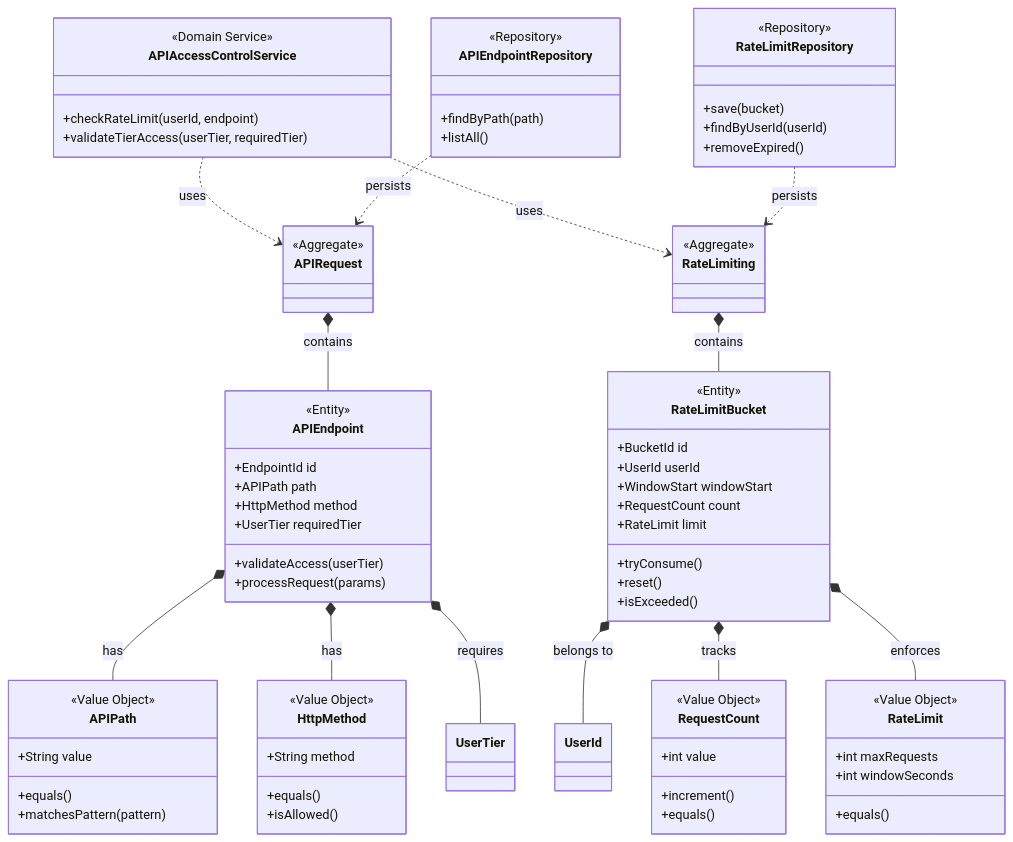
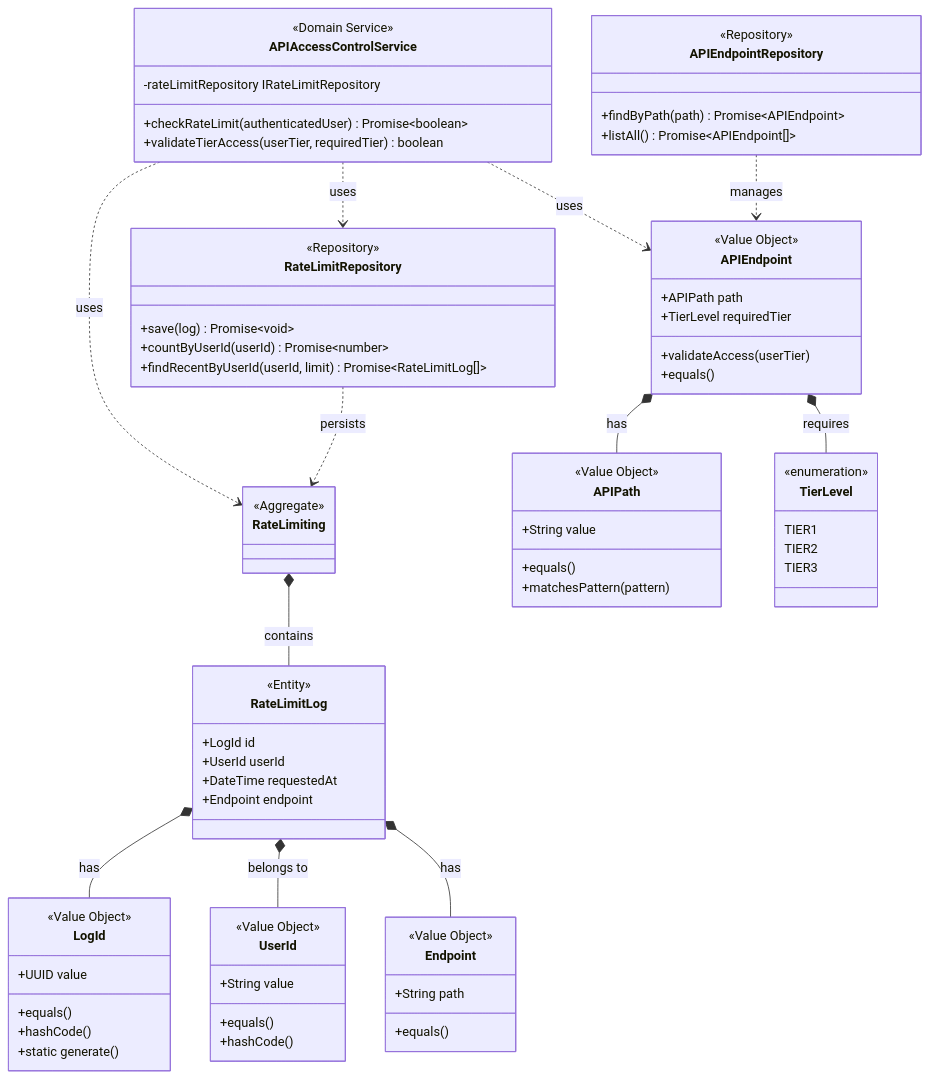
Before and after one commit to hydrangeas/redis-test: the second of 14 diagrams in docs/specs/step5-design.md, drawn with Mermaid. The commit also changed other lines of this file, not shown here.

````diff
--- a/docs/specs/step5-design.md
+++ b/docs/specs/step5-design.md
@@ -66,35 +66,25 @@
 ```mermaid
 classDiagram
     %% 集約
-    class APIRequest {
-        <<Aggregate>>
-    }
-    
     class RateLimiting {
         <<Aggregate>>
     }
     
-    %% エンティティ
+    %% バリューオブジェクト
     class APIEndpoint {
-        <<Entity>>
-        +EndpointId id
+        <<Value Object>>
         +APIPath path
-        +HttpMethod method
-        +UserTier requiredTier
+        +TierLevel requiredTier
         +validateAccess(userTier)
-        +processRequest(params)
+        +equals()
     }
     
-    class RateLimitBucket {
+    class RateLimitLog {
         <<Entity>>
-        +BucketId id
+        +LogId id
         +UserId userId
-        +WindowStart windowStart
-        +RequestCount count
-        +RateLimit limit
-        +tryConsume()
-        +reset()
-        +isExceeded()
+        +DateTime requestedAt
+        +Endpoint endpoint
     }
     
     %% バリューオブジェクト
@@ -105,59 +95,67 @@
         +matchesPattern(pattern)
     }
     
-    class HttpMethod {
+    class Endpoint {
         <<Value Object>>
-        +String method
-        +equals()
-        +isAllowed()
-    }
-    
-    class RequestCount {
-        <<Value Object>>
-        +int value
-        +increment()
+        +String path
         +equals()
     }
     
-    class RateLimit {
+    class LogId {
         <<Value Object>>
-        +int maxRequests
-        +int windowSeconds
+        +UUID value
         +equals()
+        +hashCode()
+        +static generate()
     }
+    
+    class TierLevel {
+        <<enumeration>>
+        TIER1
+        TIER2
+        TIER3
+    }
+    
+    class UserId {
+        <<Value Object>>
+        +String value
+        +equals()
+        +hashCode()
+    }
+    
     
     %% ドメインサービス
     class APIAccessControlService {
         <<Domain Service>>
-        +checkRateLimit(userId, endpoint)
-        +validateTierAccess(userTier, requiredTier)
+        -rateLimitRepository IRateLimitRepository
+        +checkRateLimit(authenticatedUser) Promise~boolean~
+        +validateTierAccess(userTier, requiredTier) boolean
     }
     
     %% リポジトリインターフェース
     class APIEndpointRepository {
         <<Repository>>
-        +findByPath(path)
-        +listAll()
+        +findByPath(path) Promise~APIEndpoint~
+        +listAll() Promise~APIEndpoint[]~
     }
     
     class RateLimitRepository {
         <<Repository>>
-        +save(bucket)
-        +findByUserId(userId)
-        +removeExpired()
+        +save(log) Promise~void~
+        +countByUserId(userId) Promise~number~
+        +findRecentByUserId(userId, limit) Promise~RateLimitLog[]~
     }
     
     %% 関係性
-    APIRequest *-- APIEndpoint : contains
-    RateLimiting *-- RateLimitBucket : contains
+    RateLimiting *-- RateLimitLog : contains
     APIEndpoint *-- APIPath : has
-    APIEndpoint *-- HttpMethod : has
-    APIEndpoint *-- UserTier : requires
-    RateLimitBucket *-- UserId : belongs to
-    RateLimitBucket *-- RequestCount : tracks
-    RateLimitBucket *-- RateLimit : enforces
-    APIAccessControlService ..> APIRequest : uses
+    APIEndpoint *-- TierLevel : requires
+    RateLimitLog *-- LogId : has
+    RateLimitLog *-- UserId : belongs to
+    RateLimitLog *-- Endpoint : has
+    APIAccessControlService ..> APIEndpoint : uses
     APIAccessControlService ..> RateLimiting : uses
-    APIEndpointRepository ..> APIRequest : persists
+    APIAccessControlService ..> RateLimitRepository : uses
+    APIEndpointRepository ..> APIEndpoint : manages
     RateLimitRepository ..> RateLimiting : persists
 ```
````
